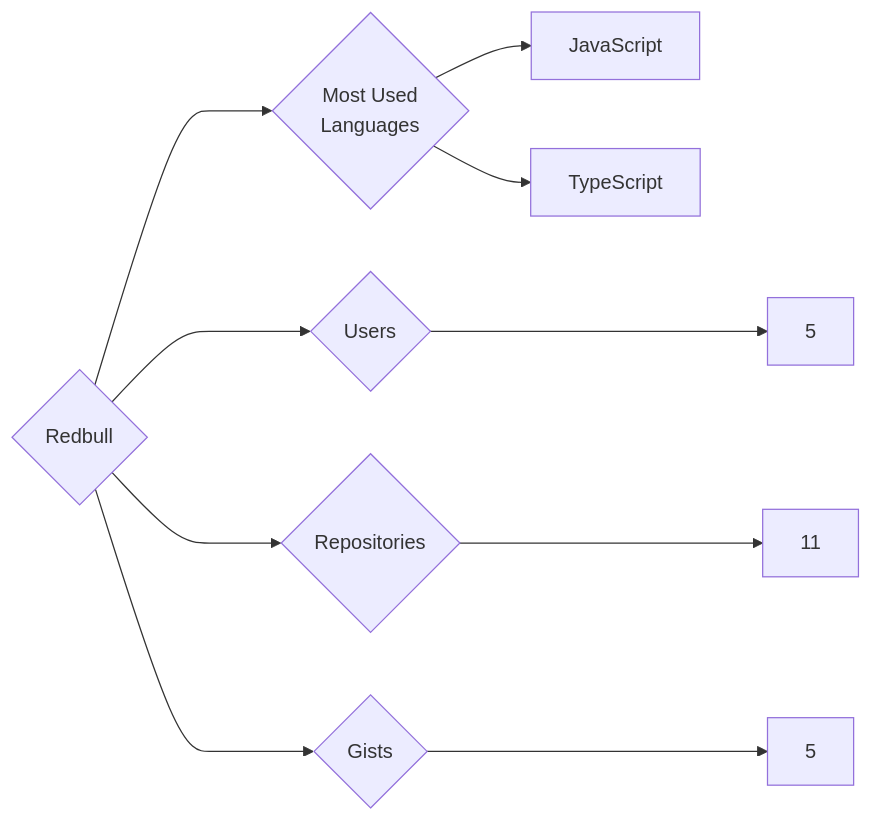
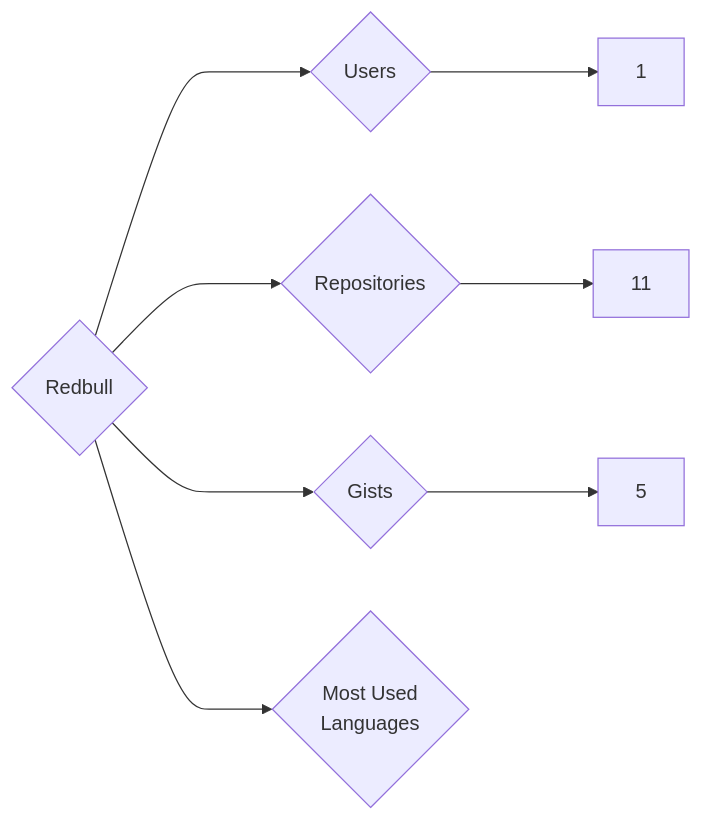
Before and after one commit to trickest/insiders: the diagram in targets/Redbull/README.md, drawn with Mermaid. The commit also changed 953 other files, not shown here.

````diff
--- a/targets/Redbull/README.md
+++ b/targets/Redbull/README.md
@@ -3,10 +3,8 @@
 ```mermaid
 graph LR
 COMPANY_NAME{Redbull}
-COMPANY_NAME ---> U{Users} ---> UN[5]
+COMPANY_NAME ---> U{Users} ---> UN[1]
 COMPANY_NAME ---> R{Repositories} ---> RN[11]
 COMPANY_NAME ---> G{Gists} ---> GN[5]
 COMPANY_NAME ---> ML{Most Used<br>Languages}
-ML --> JavaScript[JavaScript]
-ML --> TypeScript[TypeScript]
 ```
````
